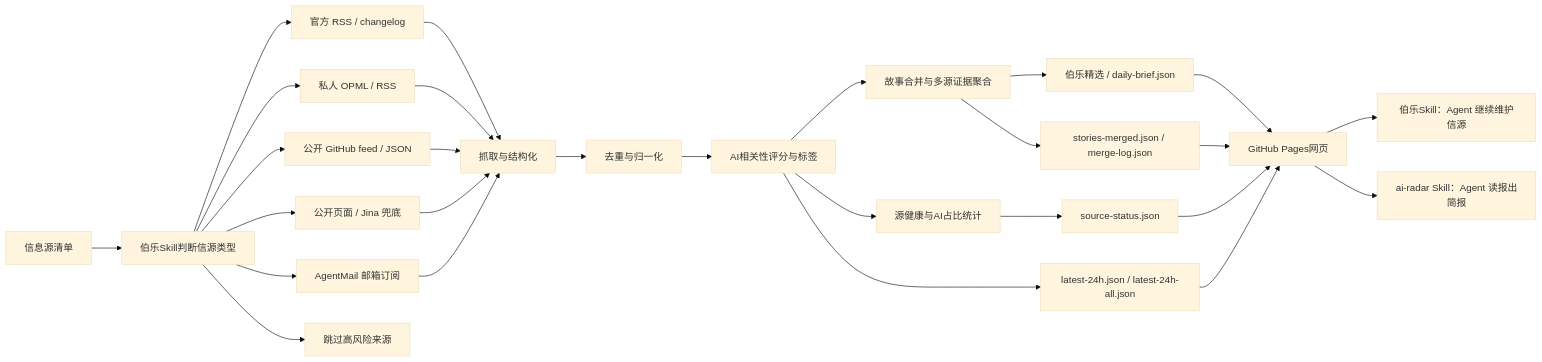
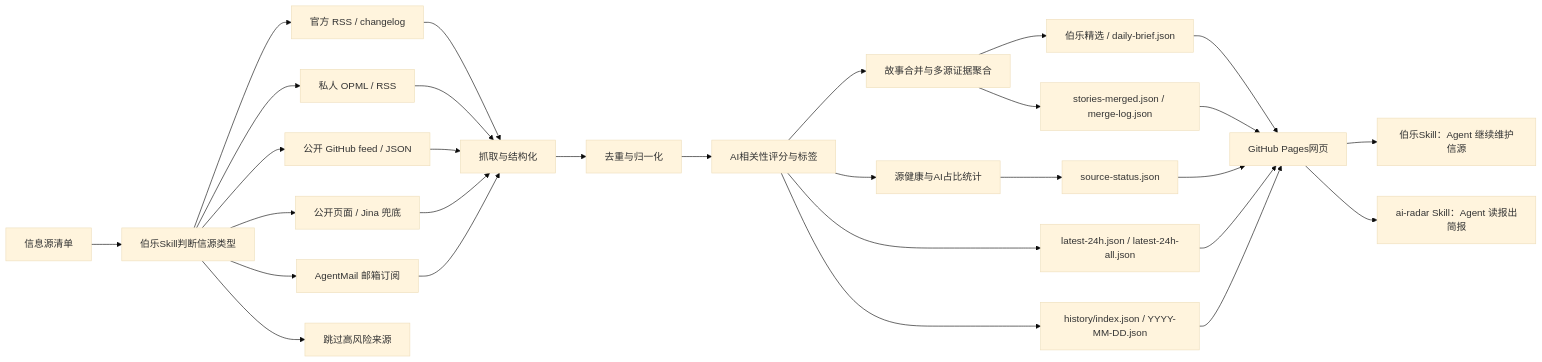
The diagram in README.md (liu-xiao-cong/ai-news-radar), drawn with Mermaid (base theme) before and after one commit. The commit also changed other lines of this file and 29 other files, not shown here.

````diff
--- a/README.md
+++ b/README.md
@@ -121,35 +121,37 @@
 ```mermaid
 flowchart LR
     source["信息源清单"] --> classify["伯乐Skill判断信源类型"]
 
     classify --> official["官方 RSS / changelog"]
     classify --> opml["私人 OPML / RSS"]
     classify --> publicFeed["公开 GitHub feed / JSON"]
     classify --> staticPage["公开页面 / Jina 兜底"]
     classify --> privateMail["AgentMail 邮箱订阅"]
     classify --> skip["跳过高风险来源"]
 
     official --> fetch["抓取与结构化"]
     opml --> fetch
     publicFeed --> fetch
     staticPage --> fetch
     privateMail --> fetch
 
     fetch --> dedup["去重与归一化"]
     dedup --> score["AI相关性评分与标签"]
     score --> story["故事合并与多源证据聚合"]
     score --> status["源健康与AI占比统计"]
 
     story --> brief["伯乐精选 / daily-brief.json"]
     story --> merged["stories-merged.json / merge-log.json"]
     status --> sourceData["source-status.json"]
     score --> latest["latest-24h.json / latest-24h-all.json"]
+    score --> history["history/index.json / YYYY-MM-DD.json"]
 
     brief --> pages["GitHub Pages网页"]
     merged --> pages
     sourceData --> pages
     latest --> pages
+    history --> pages
 
     pages --> agent["伯乐Skill：Agent 继续维护信源"]
     pages --> radar["ai-radar Skill：Agent 读报出简报"]
 ```
````
